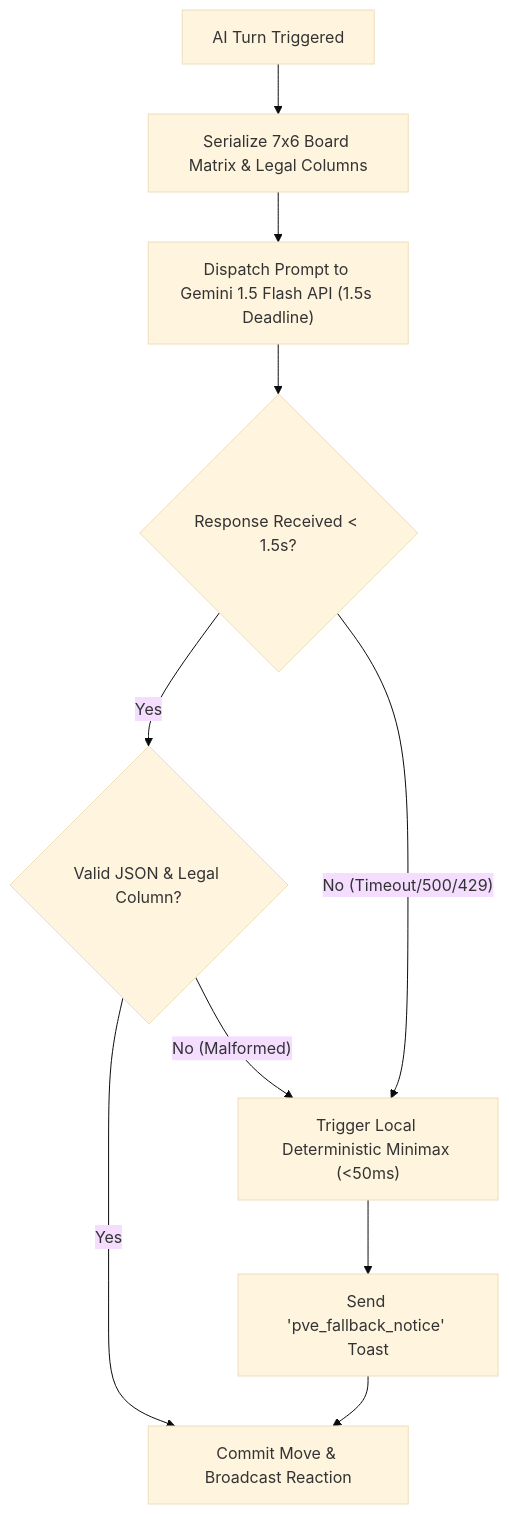
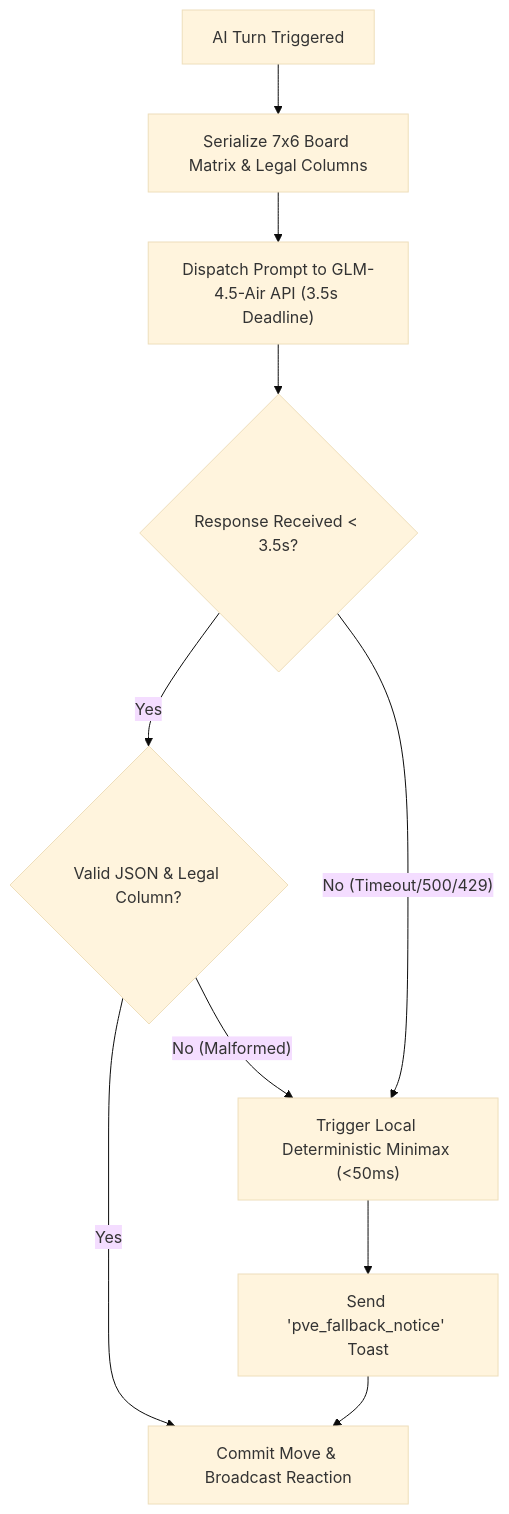
One commit to CelVision/AILT9019_G31 changed the diagram in docs/TECHNICAL_SPEC.md. Above: the diagram before and after it, drawn with Mermaid (base theme). The commit also changed other lines of this file and 14 other files, not shown here.

Commit message:
fix: harden game protocol and fallback flow

````diff
--- a/docs/TECHNICAL_SPEC.md
+++ b/docs/TECHNICAL_SPEC.md
@@ -300,15 +316,15 @@
 ```mermaid
 flowchart TD
     Start["AI Turn Triggered"] --> Serialize["Serialize 7x6 Board Matrix & Legal Columns"]
-    Serialize --> GeminiReq["Dispatch Prompt to Gemini 1.5 Flash API (1.5s Deadline)"]
+    Serialize --> GLMReq["Dispatch Prompt to GLM-4.5-Air API (3.5s Deadline)"]
     
-    GeminiReq --> CheckRes{Response Received < 1.5s?}
+    GLMReq --> CheckRes{Response Received < 3.5s?}
     CheckRes -- Yes --> ValidateJSON{Valid JSON & Legal Column?}
     ValidateJSON -- Yes --> CommitMove["Commit Move & Broadcast Reaction"]
     
     CheckRes -- No (Timeout/500/429) --> Fallback["Trigger Local Deterministic Minimax (<50ms)"]
     ValidateJSON -- No (Malformed) --> Fallback
     
     Fallback --> NotifyClient["Send 'pve_fallback_notice' Toast"]
     NotifyClient --> CommitMove
 ```
````
